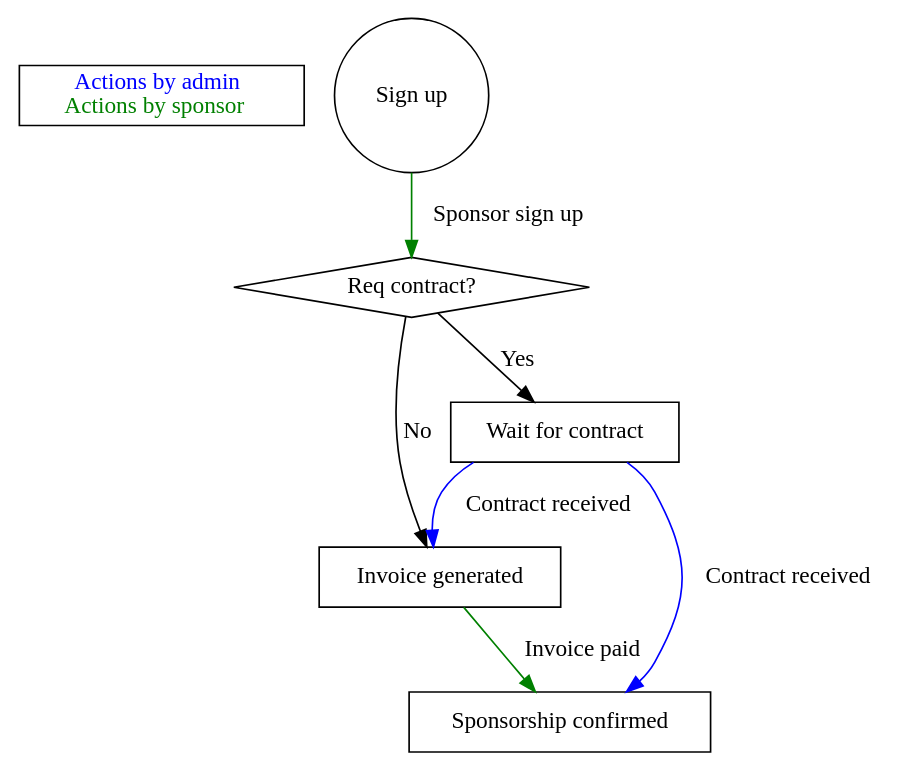
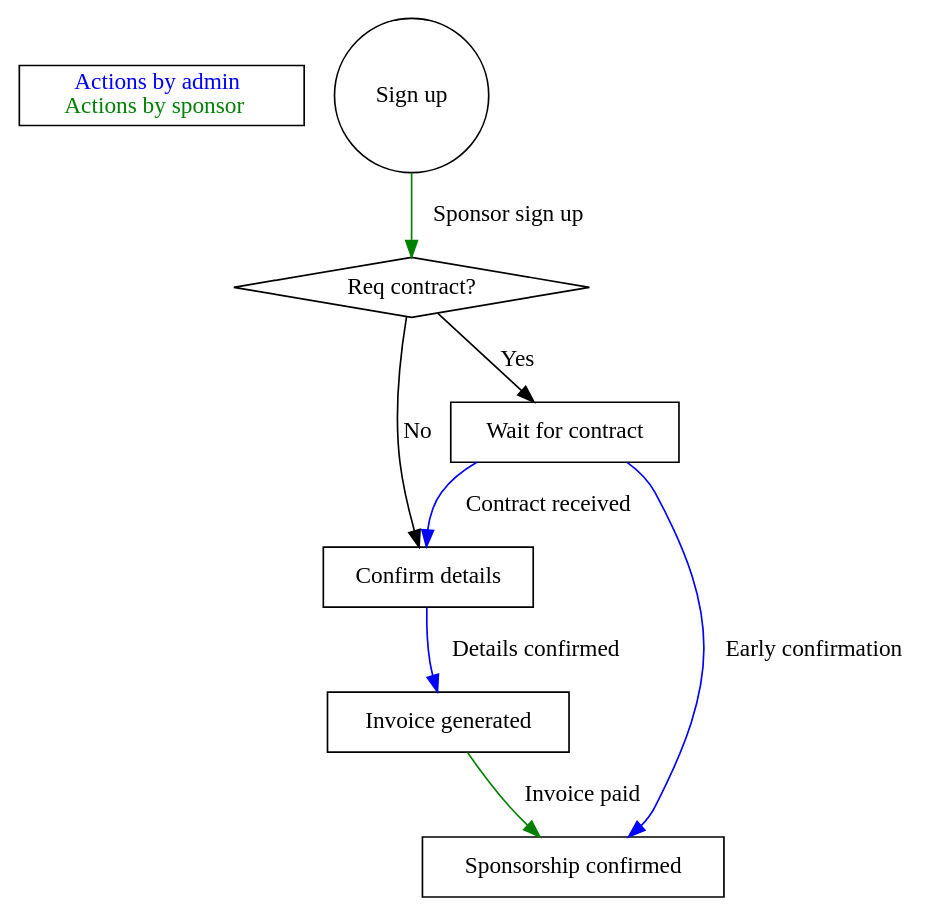
Before and after one commit to pgeu/pgeu-system: the diagram in docs/confreg/graphs/sponsorsignup.dot, drawn with Graphviz. The commit also changed 5 other files, not shown here.

```diff
--- a/docs/confreg/graphs/sponsorsignup.dot
+++ b/docs/confreg/graphs/sponsorsignup.dot
@@ -1,21 +1,23 @@
 digraph sponsorsignup {
 	subgraph legend {
 		key[shape=box, label=<
 		    <font color="blue">Actions by admin</font><br/>
 		    <font color="green">Actions by sponsor</font><br/>
 		>, labeljust="l"]
 	}
 
 	start[shape=circle label="Sign up"];
-	type[shape=diamond label="Req contract?"]
+	type[shape=diamond label="Req contract?"];
+	confirm[shape=box label="Confirm details"];
 	invoice[shape=box label="Invoice generated"];
 	contract[shape=box label="Wait for contract"];
 	confirmed[shape=box label="Sponsorship confirmed"];
 
 	start -> type [label="Sponsor sign up", color=green];
 	type -> contract [label="Yes"];
-	type -> invoice [label="No"];
-	contract -> invoice [label="Contract received", color=blue];
-	contract -> confirmed [label="Contract received", color=blue];
+	type -> confirm [label="No"];
+	confirm -> invoice [label="Details confirmed", color=blue];
+	contract -> confirm [label="Contract received", color=blue];
+	contract -> confirmed [label="Early confirmation", color=blue];
 	invoice -> confirmed [label="Invoice paid", color=green];
 }
```
